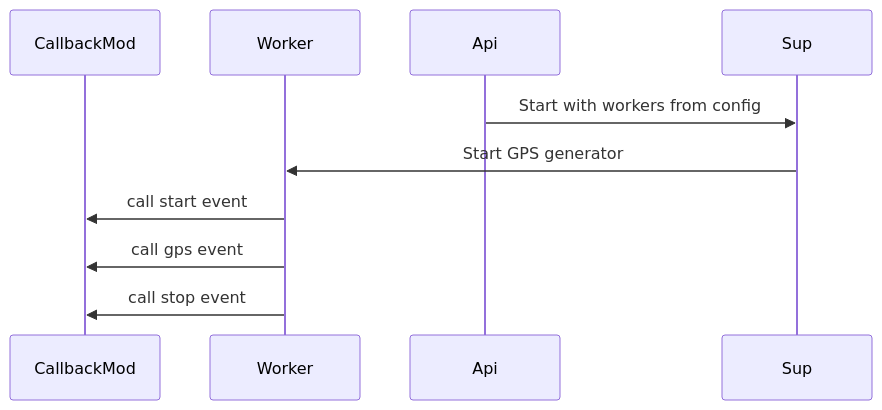
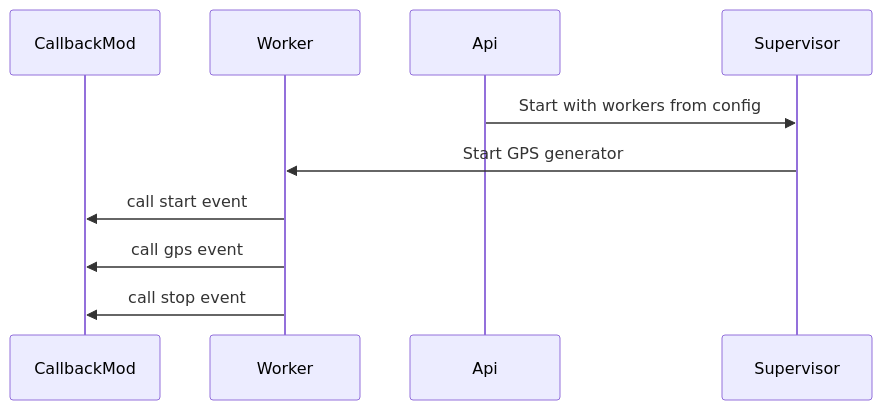
One commit to ohhi-vn/location_simulator changed the diagram in README.md. Above: the diagram before and after it, drawn with Mermaid. The commit also changed other lines of this file and 6 other files, not shown here.

````diff
--- a/README.md
+++ b/README.md
@@ -15,13 +19,13 @@
 ```mermaid
 sequenceDiagram
     participant CallbackMod
     participant Worker
     participant Api
-    participant Sup
+    participant Supervisor
 
-    Api->>Sup: Start with workers from config
-    Sup->>Worker: Start GPS generator
+    Api->>Supervisor: Start with workers from config
+    Supervisor->>Worker: Start GPS generator
     Worker->>CallbackMod: call start event
     Worker->>CallbackMod: call gps event
     Worker->>CallbackMod: call stop event
 ```
````
